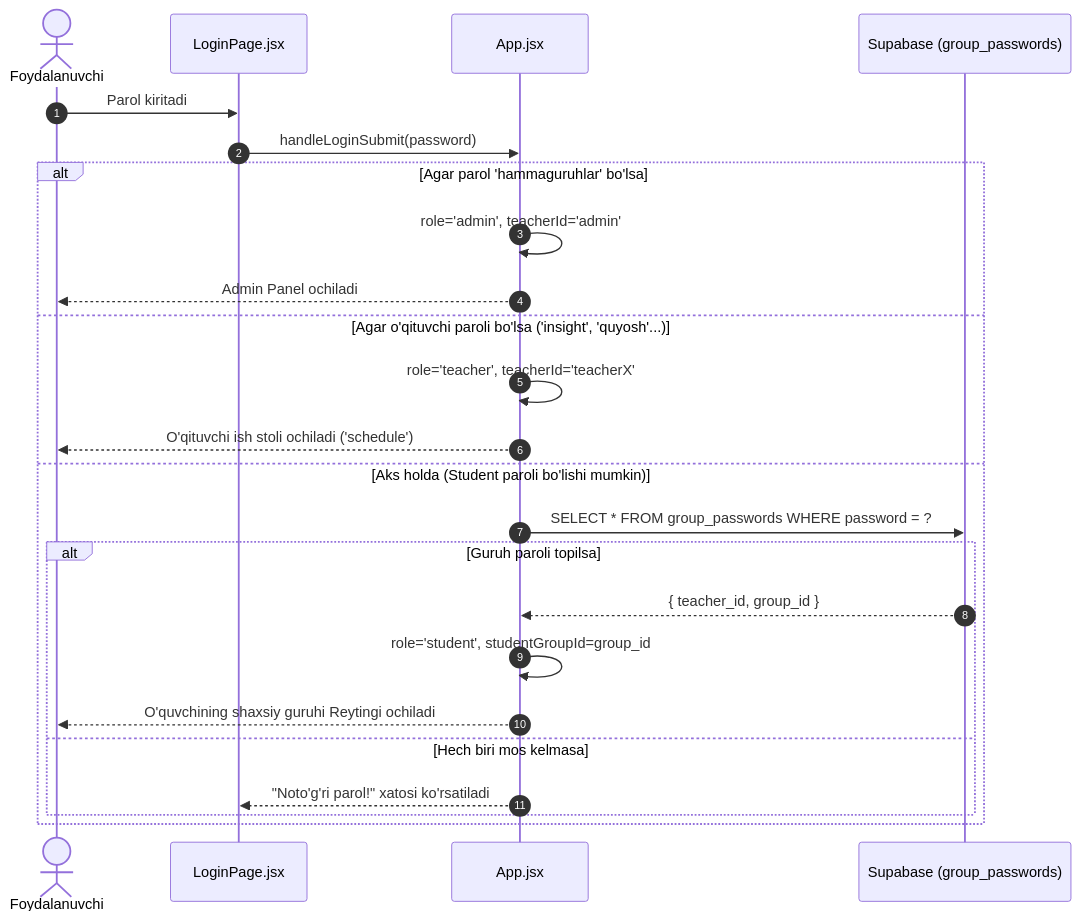
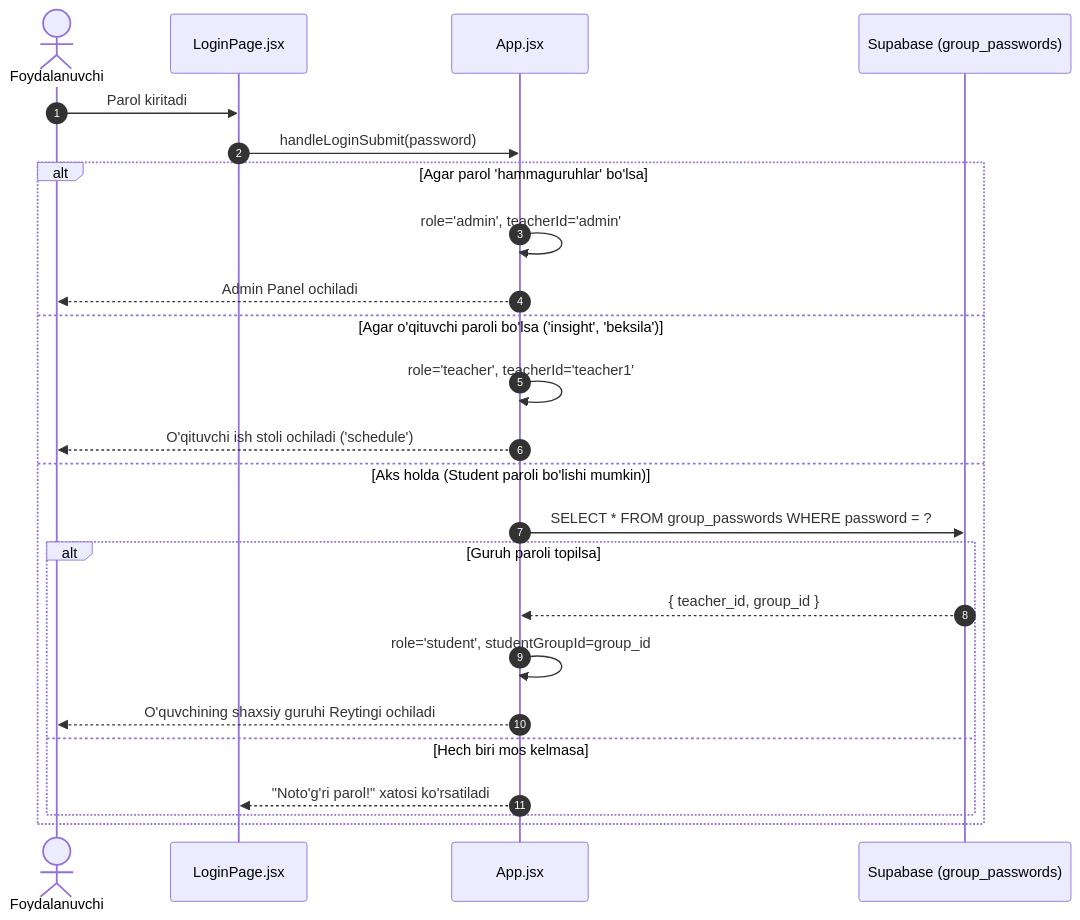
Before and after one commit to tutorbek/student-rate-app: the second of 4 diagrams in arch.md, drawn with Mermaid. The commit also changed other lines of this file and 140 other files, not shown here.

````diff
--- a/arch.md
+++ b/arch.md
@@ -90,27 +87,27 @@
 ```mermaid
 sequenceDiagram
     autonumber
     actor User as Foydalanuvchi
     participant UI as LoginPage.jsx
     participant App as App.jsx
     participant Supa as Supabase (group_passwords)
 
     User->>UI: Parol kiritadi
     UI->>App: handleLoginSubmit(password)
     alt Agar parol 'hammaguruhlar' bo'lsa
         App->>App: role='admin', teacherId='admin'
         App-->>User: Admin Panel ochiladi
-    else Agar o'qituvchi paroli bo'lsa ('insight', 'quyosh'...)
-        App->>App: role='teacher', teacherId='teacherX'
+    else Agar o'qituvchi paroli bo'lsa ('insight', 'beksila')
+        App->>App: role='teacher', teacherId='teacher1'
         App-->>User: O'qituvchi ish stoli ochiladi ('schedule')
     else Aks holda (Student paroli bo'lishi mumkin)
         App->>Supa: SELECT * FROM group_passwords WHERE password = ?
         alt Guruh paroli topilsa
             Supa-->>App: { teacher_id, group_id }
             App->>App: role='student', studentGroupId=group_id
             App-->>User: O'quvchining shaxsiy guruhi Reytingi ochiladi
         else Hech biri mos kelmasa
             App-->>UI: "Noto'g'ri parol!" xatosi ko'rsatiladi
         end
     end
 ```
````
